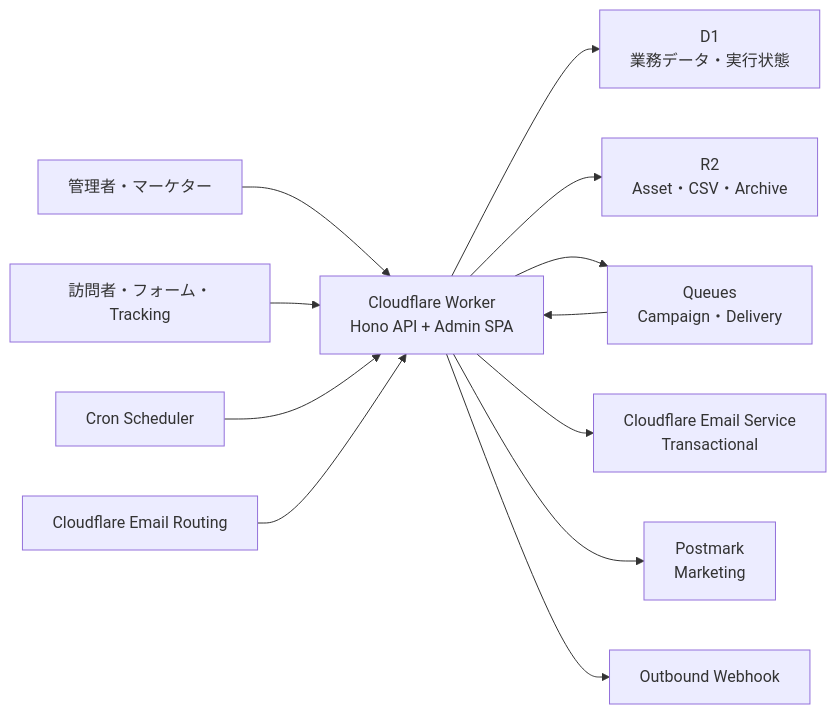
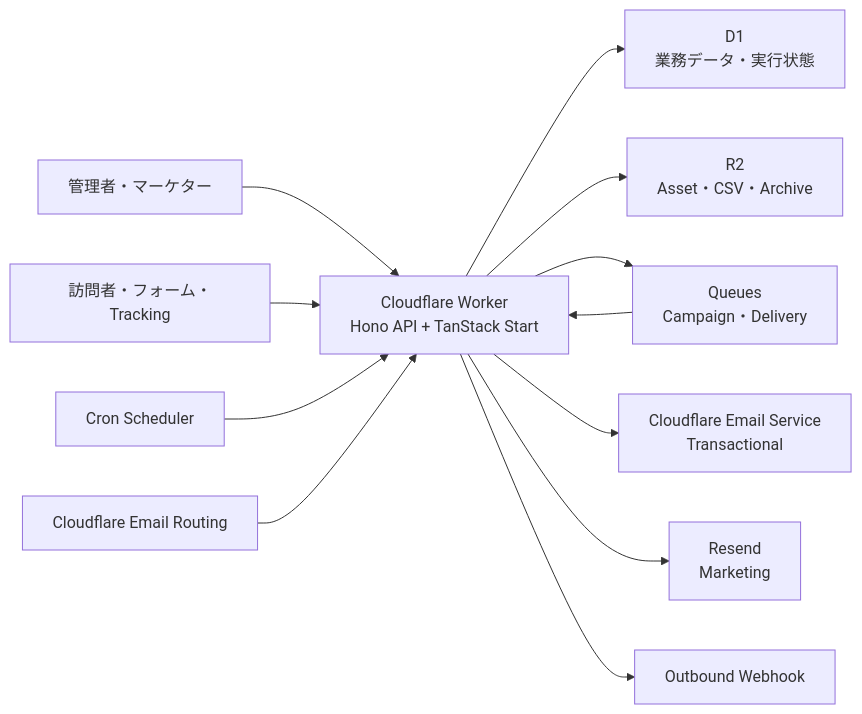
One commit to martech-oss/kaen-ma changed the diagram in README.md. Above: the diagram before and after it, drawn with Mermaid. The commit also changed other lines of this file and 43 other files, not shown here.

````diff
--- a/README.md
+++ b/README.md
@@ -36,14 +36,14 @@
 ```mermaid
 flowchart LR
-    A["管理者・マーケター"] --> W["Cloudflare Worker<br>Hono API + Admin SPA"]
+    A["管理者・マーケター"] --> W["Cloudflare Worker<br>Hono API + TanStack Start"]
     V["訪問者・フォーム・Tracking"] --> W
     C["Cron Scheduler"] --> W
     W --> D["D1<br>業務データ・実行状態"]
     W --> R["R2<br>Asset・CSV・Archive"]
     W --> Q["Queues<br>Campaign・Delivery"]
     Q --> W
     W --> CF["Cloudflare Email Service<br>Transactional"]
-    W --> PM["Postmark<br>Marketing"]
+    W --> RE["Resend<br>Marketing"]
     W --> WH["Outbound Webhook"]
     ER["Cloudflare Email Routing"] --> W
 ```
````
